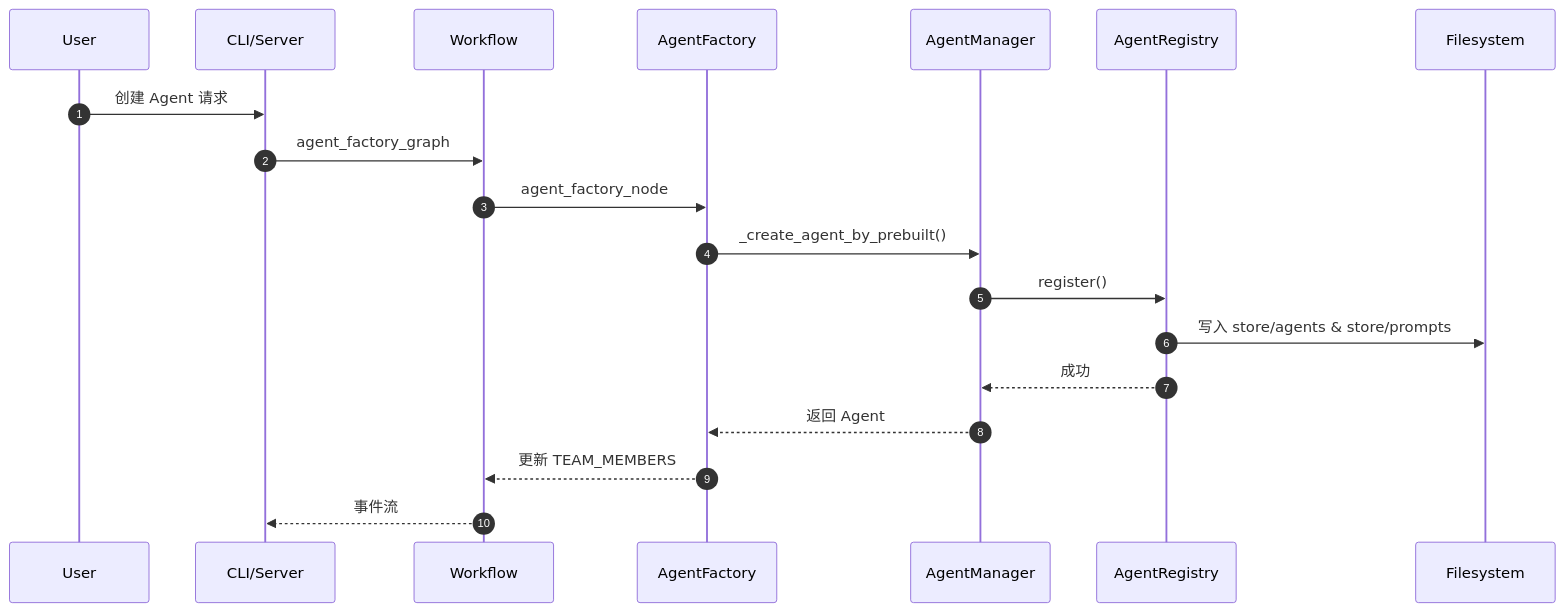
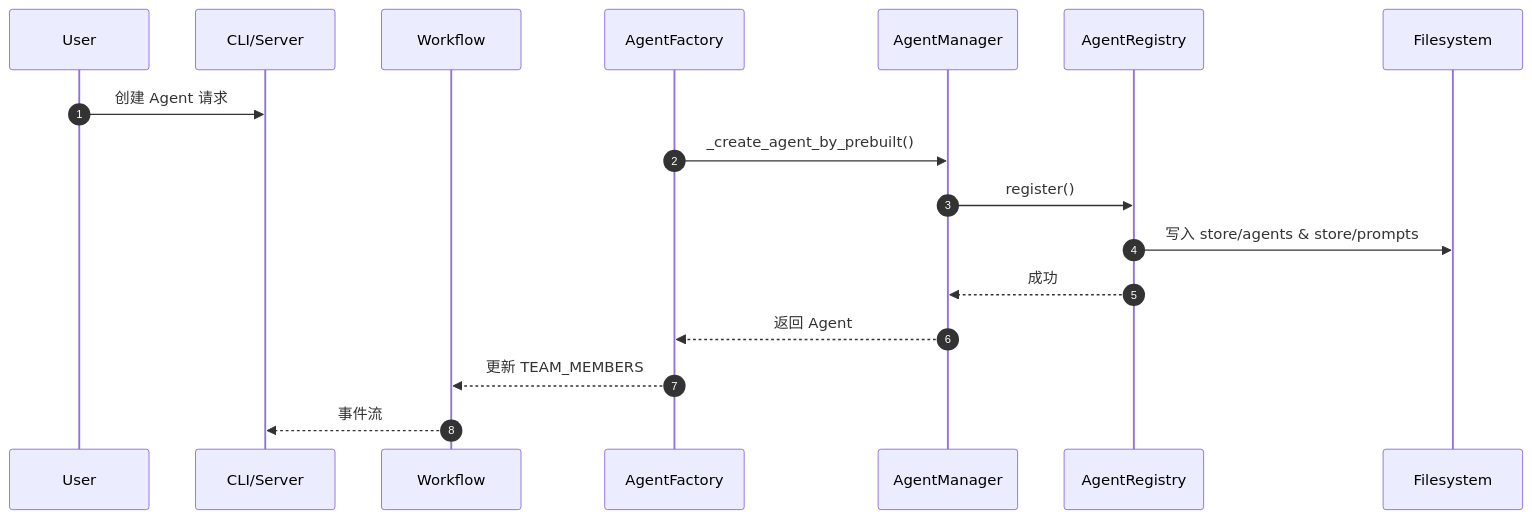
Before and after one commit to fancy-chenyao/SuperAgent: the second of 2 diagrams in docs/architecture.md, drawn with Mermaid. The commit also changed other lines of this file and 20 other files, not shown here.

````diff
--- a/docs/architecture.md
+++ b/docs/architecture.md
@@ -164,22 +162,20 @@
 ```mermaid
 sequenceDiagram
   autonumber
   participant U as User
   participant C as CLI/Server
   participant WF as Workflow
   participant AF as AgentFactory
   participant AM as AgentManager
   participant AR as AgentRegistry
   participant FS as Filesystem
 
   U->>C: 创建 Agent 请求
-  C->>WF: agent_factory_graph
-  WF->>AF: agent_factory_node
   AF->>AM: _create_agent_by_prebuilt()
   AM->>AR: register()
   AR->>FS: 写入 store/agents & store/prompts
   AR-->>AM: 成功
   AM-->>AF: 返回 Agent
   AF-->>WF: 更新 TEAM_MEMBERS
   WF-->>C: 事件流
 ```
````
